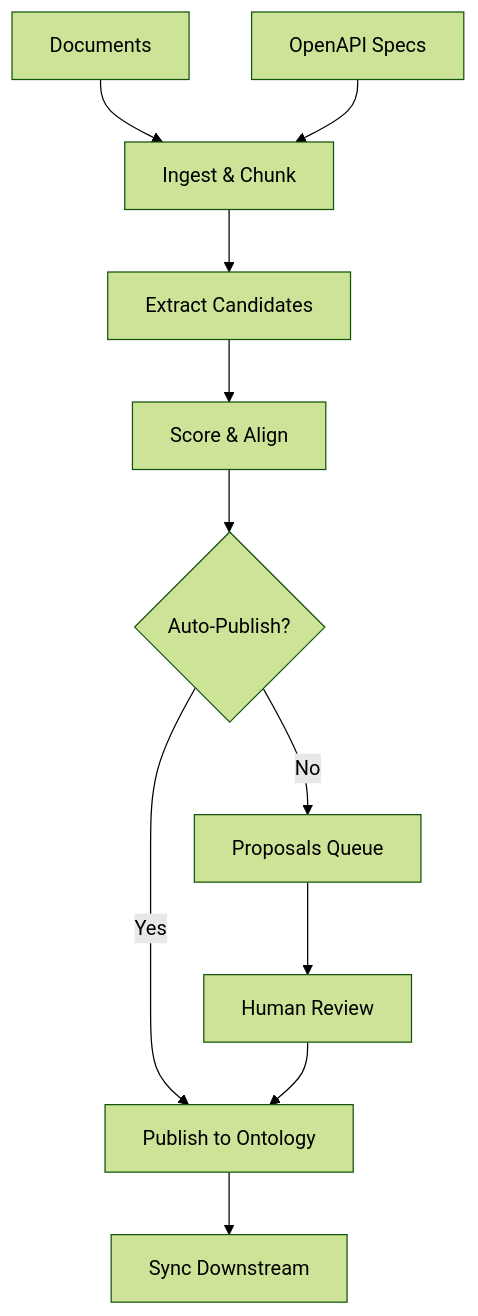
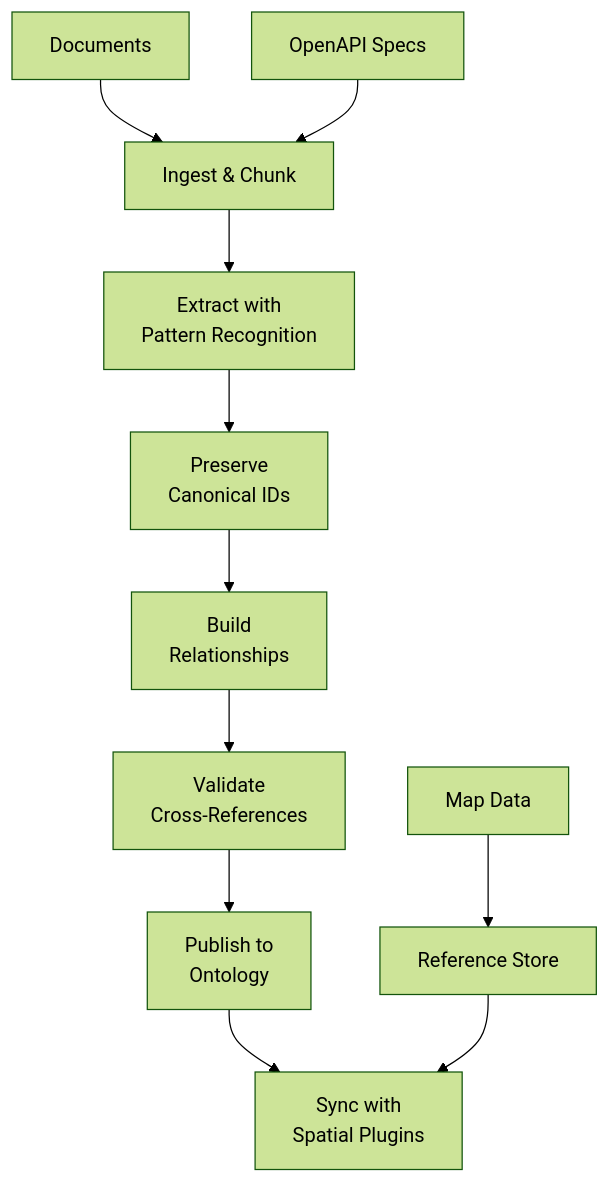
Before and after one commit to LimboDancer-Canary/LimboDancer.MCP: the fourth of 4 diagrams in docs/limbodancer-system-design.md, drawn with Mermaid (forest theme). The commit also changed other lines of this file and 2 other files, not shown here.

````diff
--- a/docs/limbodancer-system-design.md
+++ b/docs/limbodancer-system-design.md
@@ -212,13 +280,13 @@
 ```mermaid
 flowchart TD
   DOC[Documents] --> ING[Ingest & Chunk]
   API[OpenAPI Specs] --> ING
-  ING --> EXT[Extract Candidates]
-  EXT --> SCORE[Score & Align]
-  SCORE --> GATE{Auto-Publish?}
-  GATE -->|Yes| PUB[Publish to Ontology]
-  GATE -->|No| PROP[Proposals Queue]
-  PROP --> REV[Human Review]
-  REV --> PUB
-  PUB --> SYNC[Sync Downstream]
+  MAP[Map Data] --> REF[Reference Store]
+  ING --> EXT[Extract with<br/>Pattern Recognition]
+  EXT --> PRES[Preserve<br/>Canonical IDs]
+  PRES --> REL[Build<br/>Relationships]
+  REL --> VAL[Validate<br/>Cross-References]
+  VAL --> PUB[Publish to<br/>Ontology]
+  PUB --> SYNC[Sync with<br/>Spatial Plugins]
+  REF --> SYNC
 ```
````
